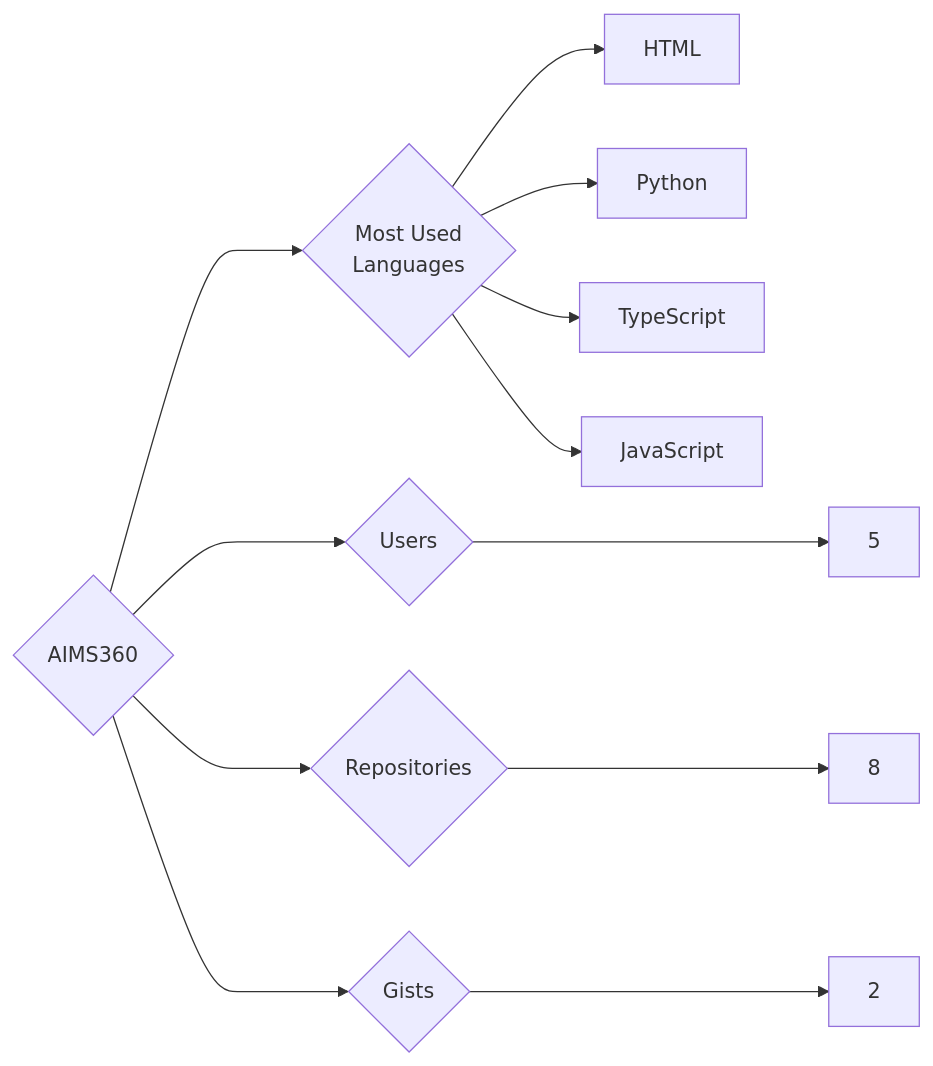
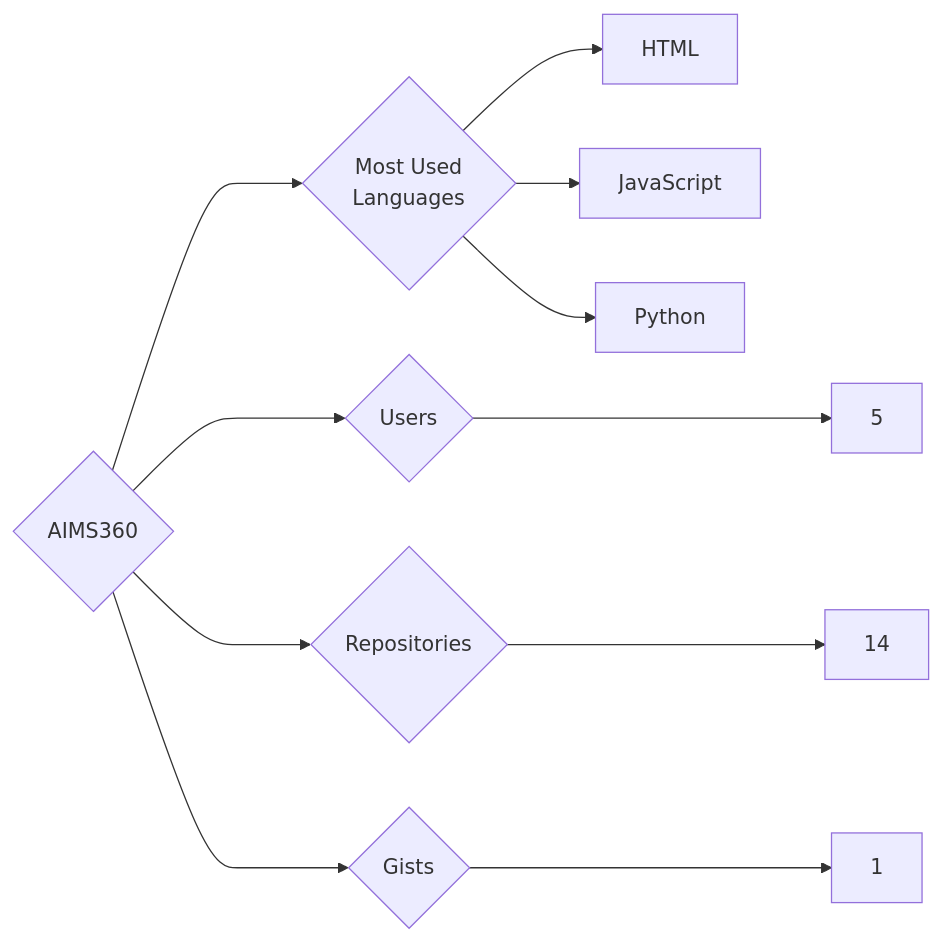
Before and after one commit to trickest/insiders: the diagram in targets/AIMS360/README.md, drawn with Mermaid. The commit also changed 724 other files, not shown here.

````diff
--- a/targets/AIMS360/README.md
+++ b/targets/AIMS360/README.md
@@ -3,12 +3,11 @@
 ```mermaid
 graph LR
 COMPANY_NAME{AIMS360}
 COMPANY_NAME ---> U{Users} ---> UN[5]
-COMPANY_NAME ---> R{Repositories} ---> RN[8]
-COMPANY_NAME ---> G{Gists} ---> GN[2]
+COMPANY_NAME ---> R{Repositories} ---> RN[14]
+COMPANY_NAME ---> G{Gists} ---> GN[1]
 COMPANY_NAME ---> ML{Most Used<br>Languages}
 ML --> HTML[HTML]
+ML --> JavaScript[JavaScript]
 ML --> Python[Python]
-ML --> TypeScript[TypeScript]
-ML --> JavaScript[JavaScript]
 ```
````
